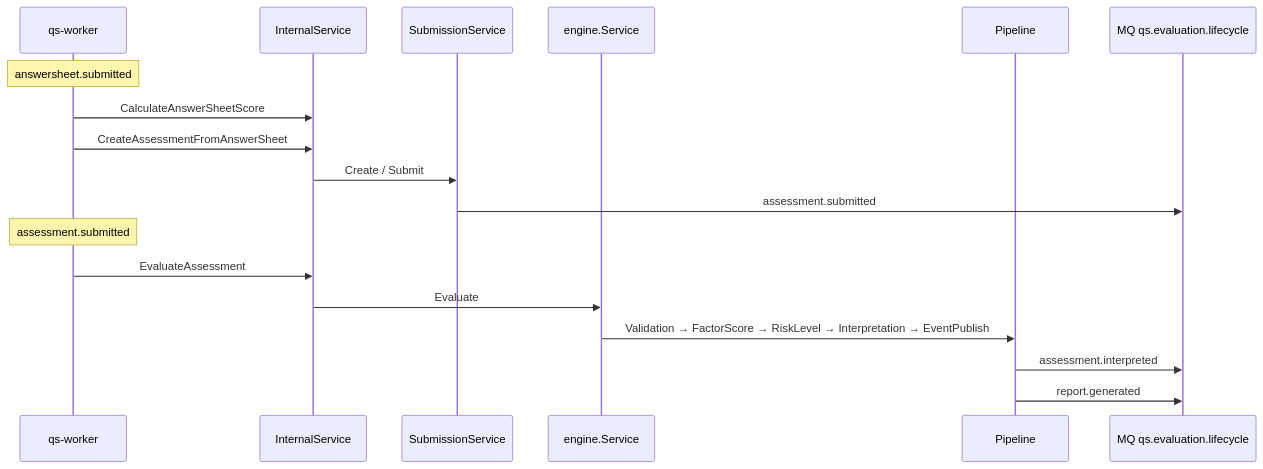
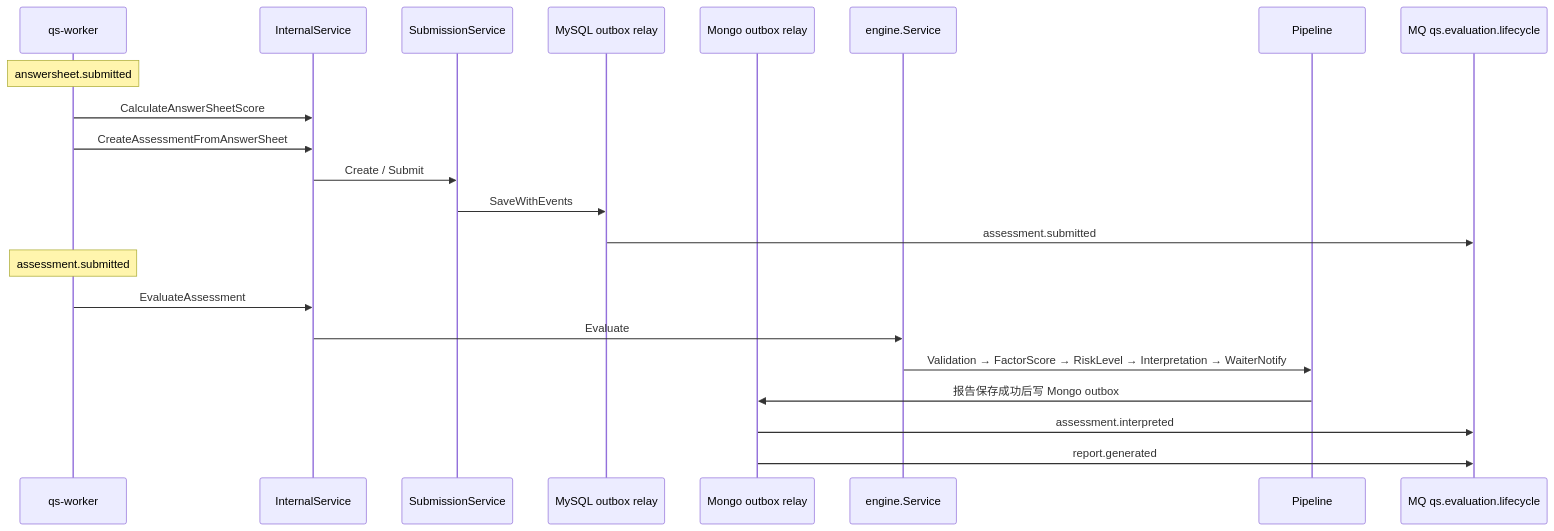
The fourth of 4 diagrams in docs/02-业务模块/03-evaluation.md (FangcunMount/qs-server), drawn with Mermaid before and after one commit. The commit also changed other lines of this file and 41 other files, not shown here.

````diff
--- a/docs/02-业务模块/03-evaluation.md
+++ b/docs/02-业务模块/03-evaluation.md
@@ -258,22 +258,26 @@
 ```mermaid
 sequenceDiagram
     participant W as qs-worker
     participant I as InternalService
     participant Sub as SubmissionService
+    participant MyRel as MySQL outbox relay
+    participant MRel as Mongo outbox relay
     participant Eng as engine.Service
     participant P as Pipeline
     participant MQ as MQ qs.evaluation.lifecycle
 
     Note over W: answersheet.submitted
     W->>I: CalculateAnswerSheetScore
     W->>I: CreateAssessmentFromAnswerSheet
     I->>Sub: Create / Submit
-    Sub->>MQ: assessment.submitted
+    Sub->>MyRel: SaveWithEvents
+    MyRel->>MQ: assessment.submitted
 
     Note over W: assessment.submitted
     W->>I: EvaluateAssessment
     I->>Eng: Evaluate
-    Eng->>P: Validation → FactorScore → RiskLevel → Interpretation → EventPublish
-    P->>MQ: assessment.interpreted
-    P->>MQ: report.generated
+    Eng->>P: Validation → FactorScore → RiskLevel → Interpretation → WaiterNotify
+    P->>MRel: 报告保存成功后写 Mongo outbox
+    MRel->>MQ: assessment.interpreted
+    MRel->>MQ: report.generated
 ```
````
